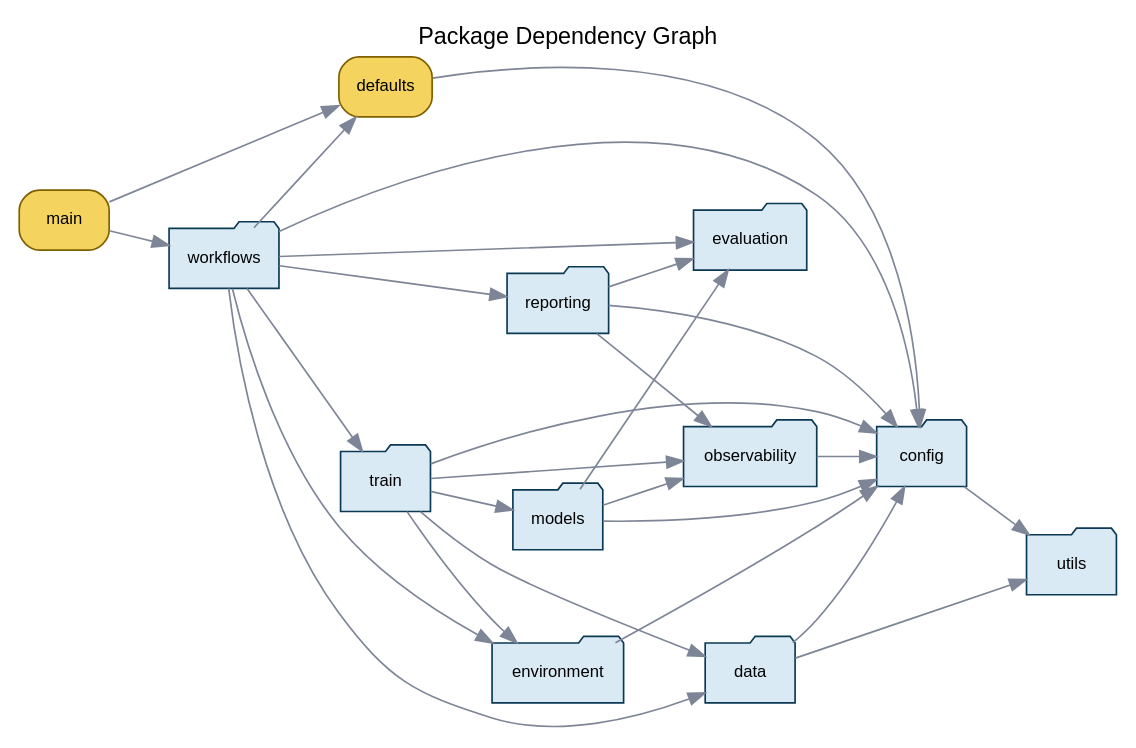
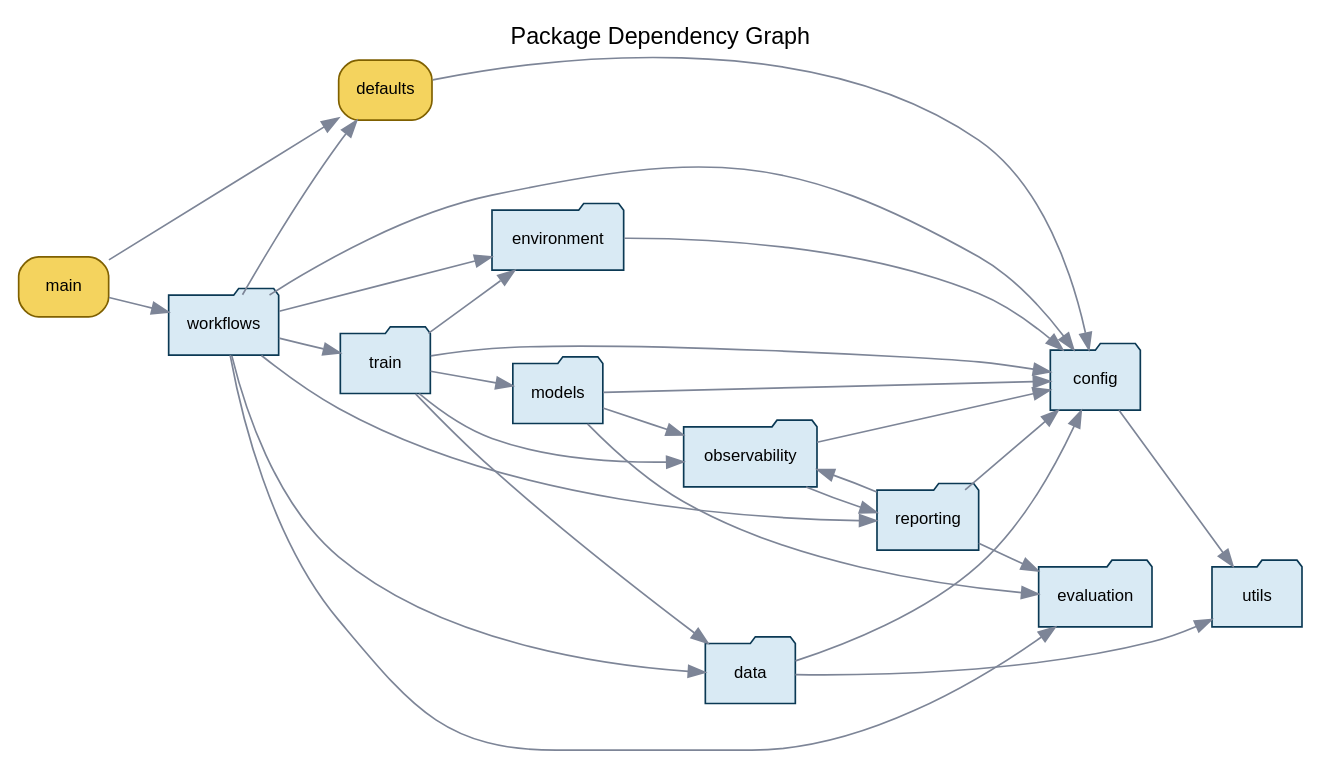
Before and after one commit to danCoder93/ENSF617-Probabilistic-Glucose-Forecasting: the diagram in docs/dependency_graphs/package_graph.dot, drawn with Graphviz. The commit also changed 17 other files, not shown here.

```diff
--- a/docs/dependency_graphs/package_graph.dot
+++ b/docs/dependency_graphs/package_graph.dot
@@ -1,46 +1,47 @@
 digraph dependencies {
   label="Package Dependency Graph";
   labelloc=t;
   fontname="Helvetica";
   rankdir=LR;
   node [fontname="Helvetica", fontsize=10];
   edge [fontname="Helvetica", fontsize=9, color="#7d8597"];
   "config" [label="config", shape="folder", style="filled", fillcolor="#d9eaf4", color="#0b3954"];
   "data" [label="data", shape="folder", style="filled", fillcolor="#d9eaf4", color="#0b3954"];
   "defaults" [label="defaults", shape="box", style="filled,rounded", fillcolor="#f4d35e", color="#7f6000"];
   "environment" [label="environment", shape="folder", style="filled", fillcolor="#d9eaf4", color="#0b3954"];
   "evaluation" [label="evaluation", shape="folder", style="filled", fillcolor="#d9eaf4", color="#0b3954"];
   "main" [label="main", shape="box", style="filled,rounded", fillcolor="#f4d35e", color="#7f6000"];
   "models" [label="models", shape="folder", style="filled", fillcolor="#d9eaf4", color="#0b3954"];
   "observability" [label="observability", shape="folder", style="filled", fillcolor="#d9eaf4", color="#0b3954"];
   "reporting" [label="reporting", shape="folder", style="filled", fillcolor="#d9eaf4", color="#0b3954"];
   "train" [label="train", shape="folder", style="filled", fillcolor="#d9eaf4", color="#0b3954"];
   "utils" [label="utils", shape="folder", style="filled", fillcolor="#d9eaf4", color="#0b3954"];
   "workflows" [label="workflows", shape="folder", style="filled", fillcolor="#d9eaf4", color="#0b3954"];
   "config" -> "utils" [color="#7d8597", style="solid"];
   "data" -> "config" [color="#7d8597", style="solid"];
   "data" -> "utils" [color="#7d8597", style="solid"];
   "defaults" -> "config" [color="#7d8597", style="solid"];
   "environment" -> "config" [color="#7d8597", style="solid"];
   "main" -> "defaults" [color="#7d8597", style="solid"];
   "main" -> "workflows" [color="#7d8597", style="solid"];
   "models" -> "config" [color="#7d8597", style="solid"];
   "models" -> "evaluation" [color="#7d8597", style="solid"];
   "models" -> "observability" [color="#7d8597", style="solid"];
   "observability" -> "config" [color="#7d8597", style="solid"];
+  "observability" -> "reporting" [color="#7d8597", style="solid"];
   "reporting" -> "config" [color="#7d8597", style="solid"];
   "reporting" -> "evaluation" [color="#7d8597", style="solid"];
   "reporting" -> "observability" [color="#7d8597", style="solid"];
   "train" -> "config" [color="#7d8597", style="solid"];
   "train" -> "data" [color="#7d8597", style="solid"];
   "train" -> "environment" [color="#7d8597", style="solid"];
   "train" -> "models" [color="#7d8597", style="solid"];
   "train" -> "observability" [color="#7d8597", style="solid"];
   "workflows" -> "config" [color="#7d8597", style="solid"];
   "workflows" -> "data" [color="#7d8597", style="solid"];
   "workflows" -> "defaults" [color="#7d8597", style="solid"];
   "workflows" -> "environment" [color="#7d8597", style="solid"];
   "workflows" -> "evaluation" [color="#7d8597", style="solid"];
   "workflows" -> "reporting" [color="#7d8597", style="solid"];
   "workflows" -> "train" [color="#7d8597", style="solid"];
 }
```
